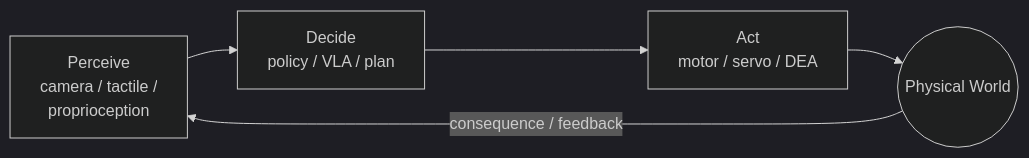
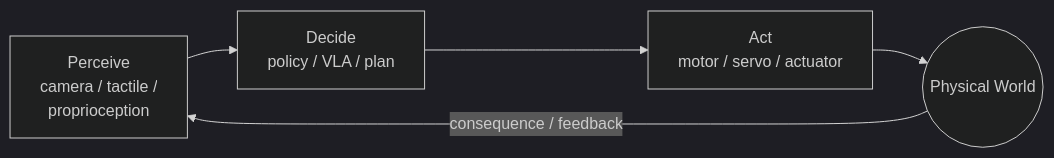
One commit to zizhengwang2026/Embodied-Intelligence-Learning changed the first of 2 diagrams in study-log/2026-08-15-lecture-01-en.md. Above: the diagram before and after it, drawn with Mermaid (dark theme). The commit also changed other lines of this file, not shown here.

Commit message:
cleanup lecture-01-en: remove personal identity (ZJU/advisor/DEA hooks), drop tie-back & reflections sections, fix Brooks 1990/1991, ALOHA casing, knowledge points verified

````diff
--- a/study-log/2026-08-15-lecture-01-en.md
+++ b/study-log/2026-08-15-lecture-01-en.md
@@ -30,7 +31,7 @@
 ```mermaid
 flowchart LR
     P[Perceive<br/>camera / tactile /<br/>proprioception] --> D[Decide<br/>policy / VLA / plan]
-    D --> A[Act<br/>motor / servo / DEA]
+    D --> A[Act<br/>motor / servo / actuator]
     A --> W((Physical World))
     W -->|consequence / feedback| P
 ```
````
